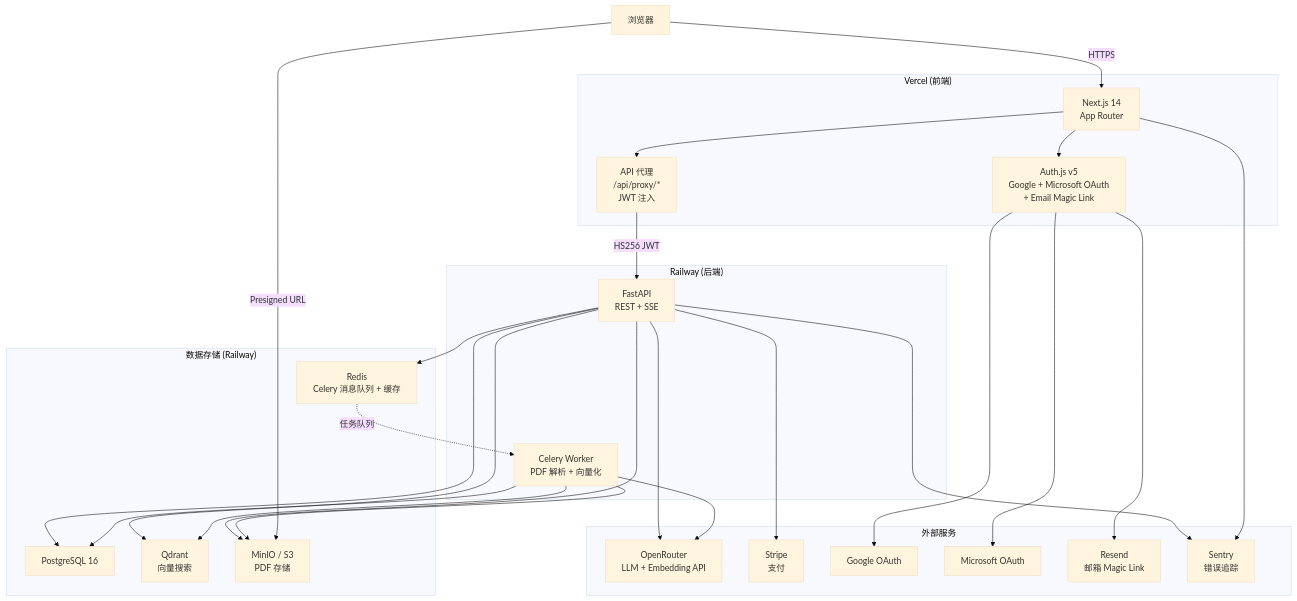
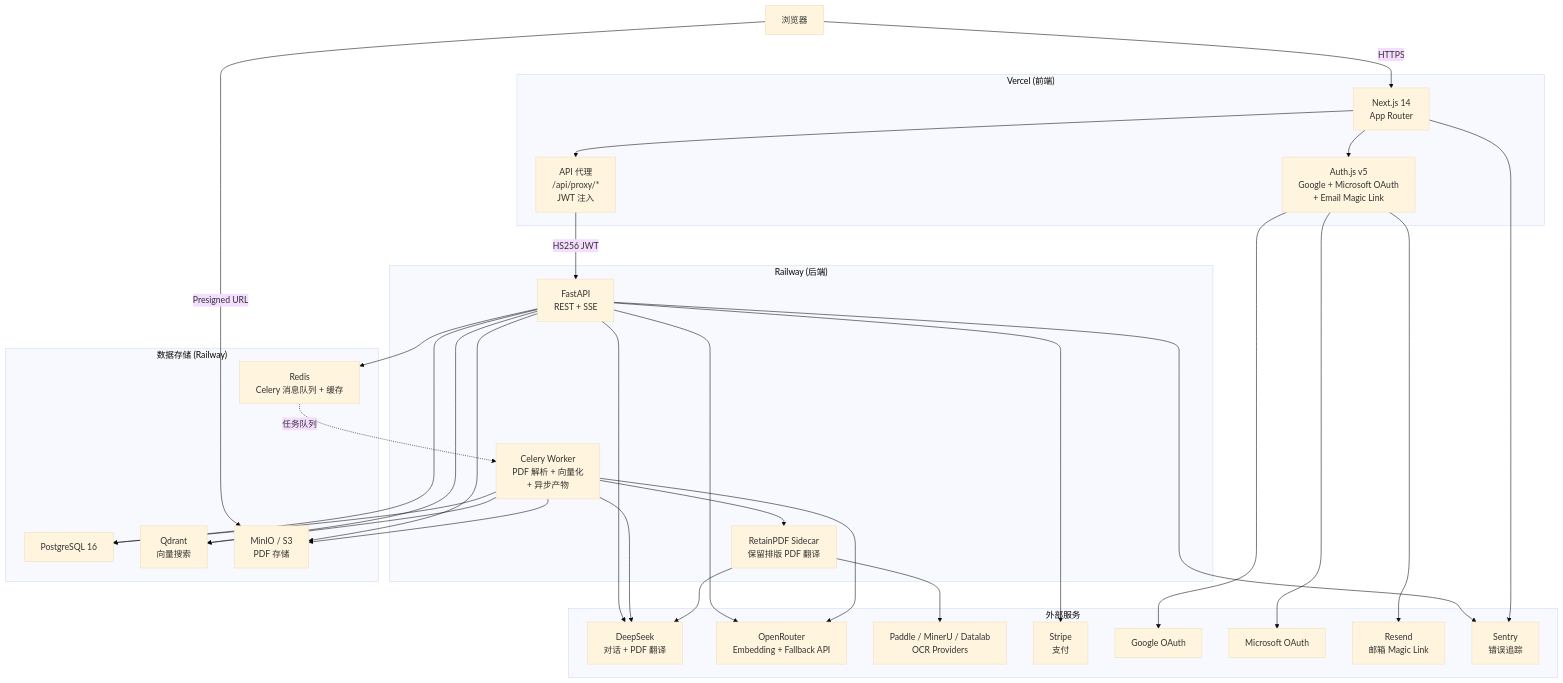
Before and after one commit to Rswcf/DocTalk: the first of 10 diagrams in docs/ARCHITECTURE.zh.md, drawn with Mermaid (base theme). The commit also changed other lines of this file and 15 other files, not shown here.

````diff
--- a/docs/ARCHITECTURE.zh.md
+++ b/docs/ARCHITECTURE.zh.md
@@ -11,53 +11,61 @@
 ```mermaid
 graph TB
     Browser["浏览器"]
 
     subgraph Vercel["Vercel (前端)"]
         NextJS["Next.js 14<br/>App Router"]
         AuthJS["Auth.js v5<br/>Google + Microsoft OAuth<br/>+ Email Magic Link"]
         Proxy["API 代理<br/>/api/proxy/*<br/>JWT 注入"]
     end
 
     subgraph Railway["Railway (后端)"]
         FastAPI["FastAPI<br/>REST + SSE"]
-        Celery["Celery Worker<br/>PDF 解析 + 向量化"]
+        Celery["Celery Worker<br/>PDF 解析 + 向量化<br/>+ 异步产物"]
+        RetainPDF["RetainPDF Sidecar<br/>保留排版 PDF 翻译"]
     end
 
     subgraph DataStores["数据存储 (Railway)"]
         PG["PostgreSQL 16"]
         Qdrant["Qdrant<br/>向量搜索"]
         Redis["Redis<br/>Celery 消息队列 + 缓存"]
         MinIO["MinIO / S3<br/>PDF 存储"]
     end
 
     subgraph External["外部服务"]
-        OpenRouter["OpenRouter<br/>LLM + Embedding API"]
+        DeepSeek["DeepSeek<br/>对话 + PDF 翻译"]
+        OpenRouter["OpenRouter<br/>Embedding + Fallback API"]
+        OCRProviders["Paddle / MinerU / Datalab<br/>OCR Providers"]
         Stripe["Stripe<br/>支付"]
         Google["Google OAuth"]
         Microsoft["Microsoft OAuth"]
         Resend["Resend<br/>邮箱 Magic Link"]
         Sentry["Sentry<br/>错误追踪"]
     end
 
     Browser -->|HTTPS| NextJS
     NextJS --> AuthJS
     NextJS --> Proxy
     Proxy -->|HS256 JWT| FastAPI
     FastAPI --> PG
     FastAPI --> Qdrant
     FastAPI --> Redis
     FastAPI --> MinIO
+    FastAPI --> DeepSeek
     FastAPI --> OpenRouter
     FastAPI --> Stripe
     Celery --> PG
     Celery --> Qdrant
     Celery --> MinIO
+    Celery --> RetainPDF
+    Celery --> DeepSeek
     Celery --> OpenRouter
+    RetainPDF --> OCRProviders
+    RetainPDF --> DeepSeek
     Redis -.->|任务队列| Celery
     AuthJS --> Google
     AuthJS --> Microsoft
     AuthJS --> Resend
     FastAPI --> Sentry
     NextJS --> Sentry
     Browser -->|Presigned URL| MinIO
 ```
````
